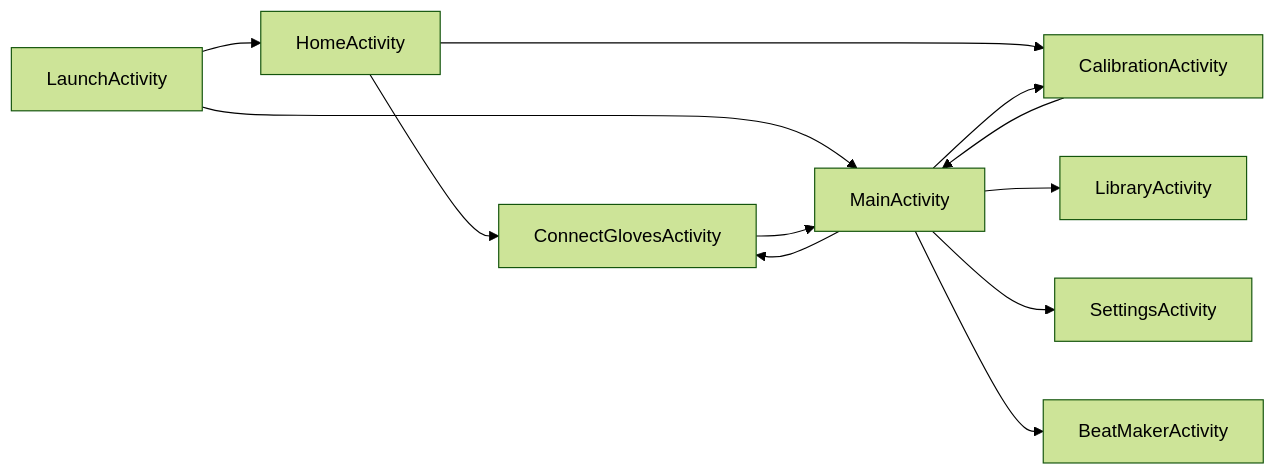
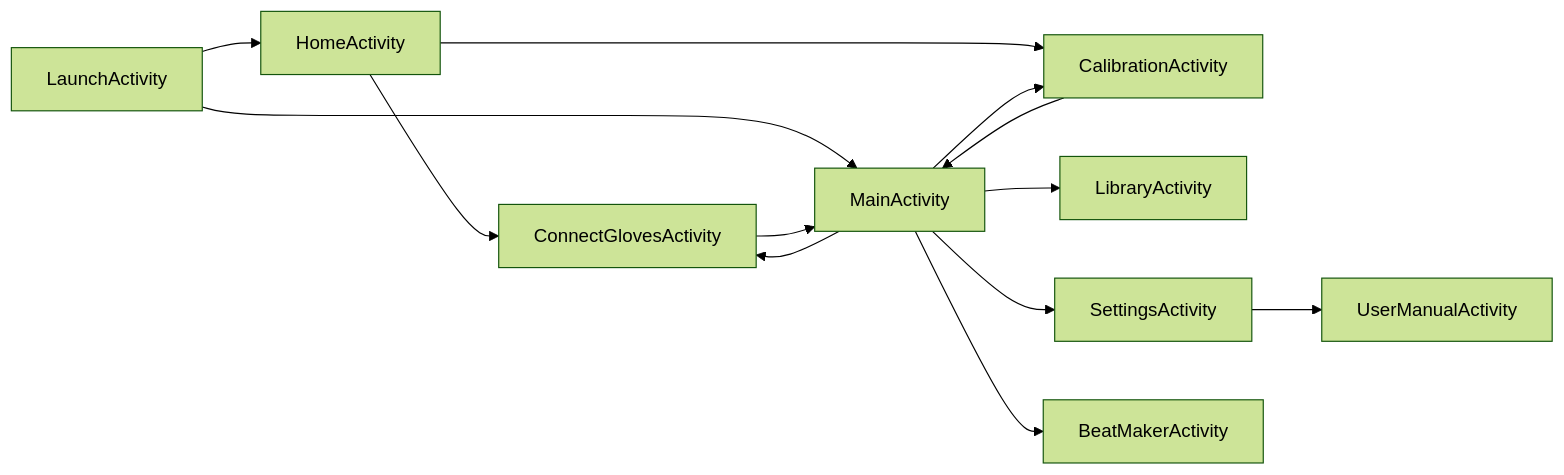
Before and after one commit to nirthikkaa/ELEC-390: the second of 2 diagrams in docs/final/01_Design_Document.md, drawn with Mermaid (forest theme). The commit also changed other lines of this file and 8 other files, not shown here.

First line of the commit message:
feat: add in-app user manual to Settings screen

````diff
--- a/docs/final/01_Design_Document.md
+++ b/docs/final/01_Design_Document.md
@@ -59,14 +59,15 @@
 ```mermaid
 flowchart LR
     A[LaunchActivity] --> B[HomeActivity]
     A --> C[MainActivity]
     B --> D[ConnectGlovesActivity]
     B --> E[CalibrationActivity]
     D --> C
     E --> C
     C --> D
     C --> E
     C --> F[LibraryActivity]
     C --> G[SettingsActivity]
     C --> H[BeatMakerActivity]
+    G --> I[UserManualActivity]
 ```
````
